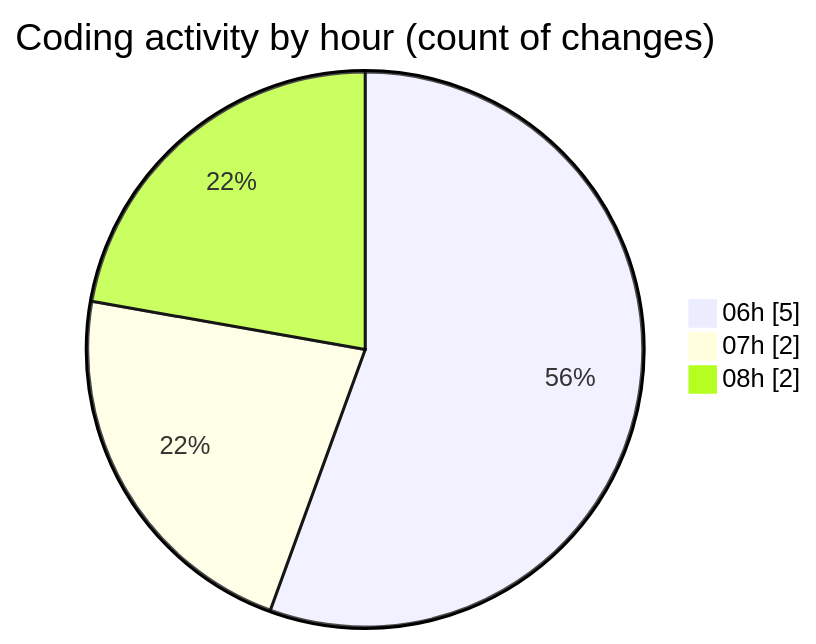
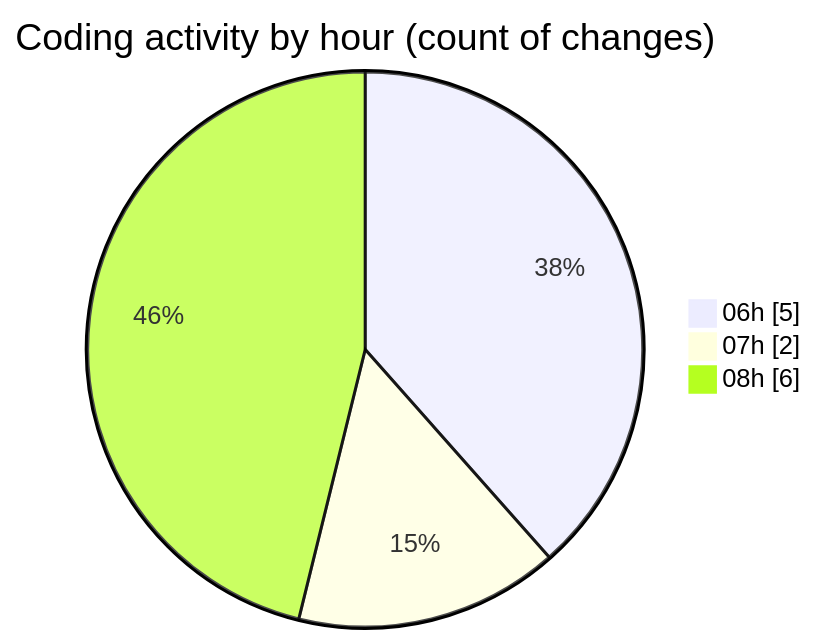
The second of 2 diagrams in 2025-04-17/zeytoon/README.md (vahidmafi/code-tracking), drawn with Mermaid before and after one commit. The commit also changed other lines of this file and 1 other file, not shown here.

````diff
--- a/2025-04-17/zeytoon/README.md
+++ b/2025-04-17/zeytoon/README.md
@@ -31,7 +31,7 @@
 ```mermaid
 pie showData
 title Coding activity by hour (count of changes)
 "06h" : 5
 "07h" : 2
-"08h" : 2
+"08h" : 6
 ```
````
